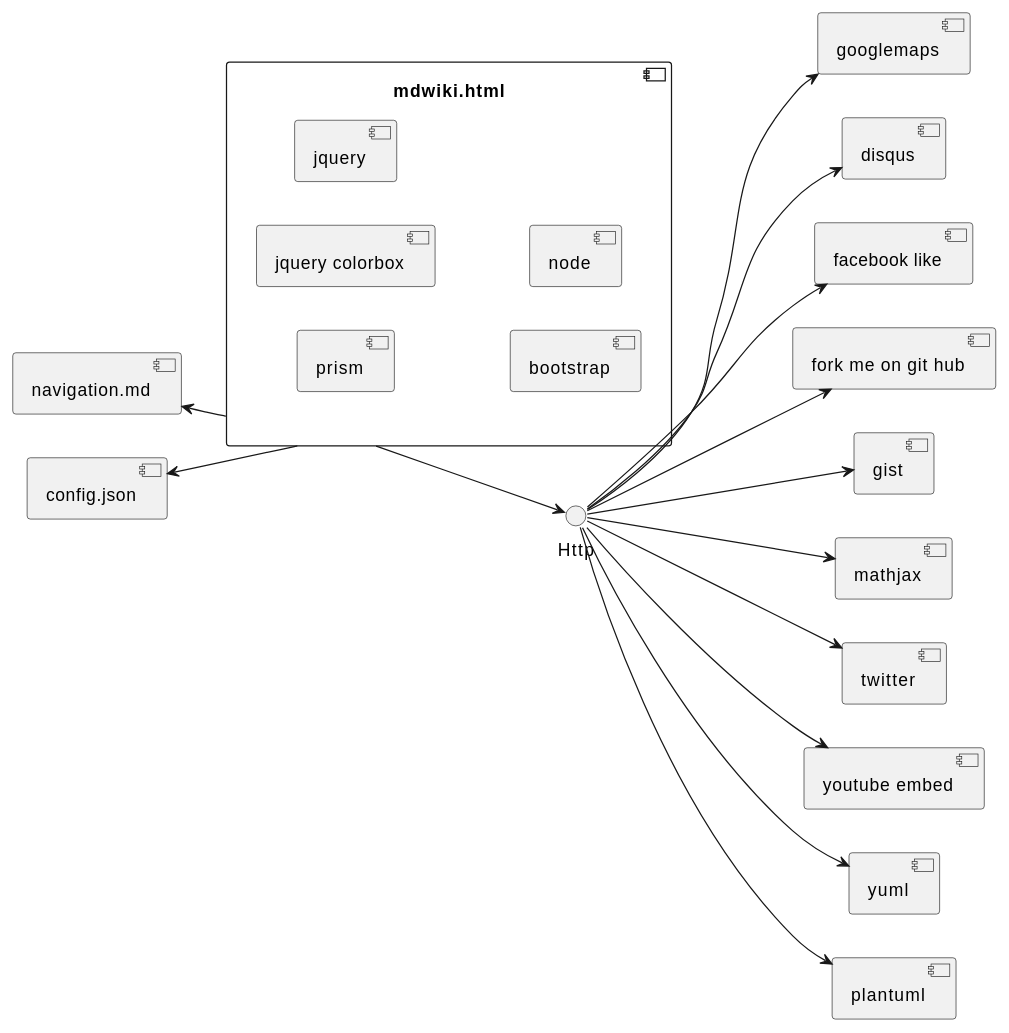
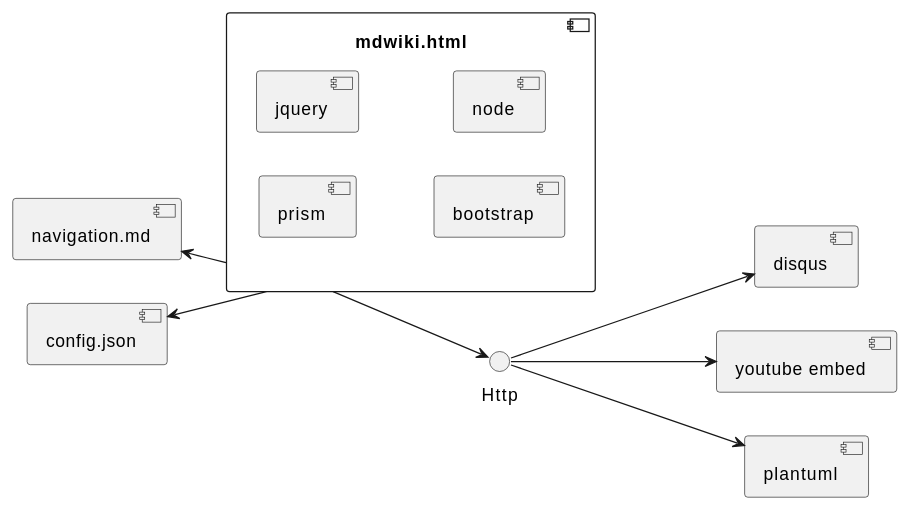
The diagram in docs/Dependencies.md (stephanedenis/mdwiki), drawn with PlantUML before and after one commit. The commit also changed other lines of this file, not shown here.

````diff
--- a/docs/Dependencies.md
+++ b/docs/Dependencies.md
@@ -4,41 +4,26 @@
 ```plantuml
 left to right direction
 
 component "mdwiki.html" as mdwiki{
     [prism] as prism
-    [jquery colorbox] as jqcb
     [jquery] as jquery
     [bootstrap]
     [node]
 }
 
 
 [config.json] as config
 [navigation.md] as navigation
-[googlemaps] as googlemaps
 [disqus] as disqus
-[facebook like] as fblike
-[fork me on git hub] as fmogh
-[gist] as gist
-[mathjax] as mathjax
-[twitter] as twitter
 [youtube embed] as youtube
-[yuml] as yuml
 [plantuml] as plantuml
 
 
 mdwiki -up-> config
 mdwiki -up-> navigation
 mdwiki --> Http
-Http ---> googlemaps
 Http ---> disqus
-Http ---> fblike
-Http ---> fmogh
-Http ---> gist
-Http ---> mathjax
-Http ---> twitter
 Http ---> youtube
-Http ---> yuml
 Http ---> plantuml
 
 ```
````
